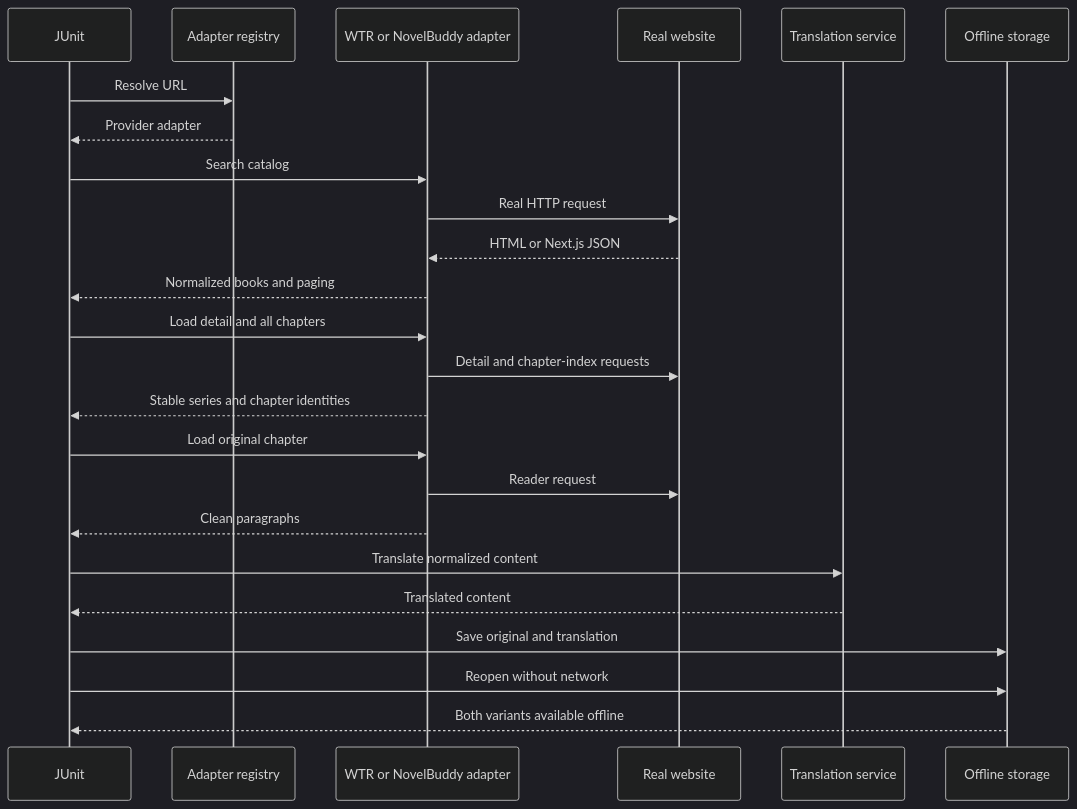
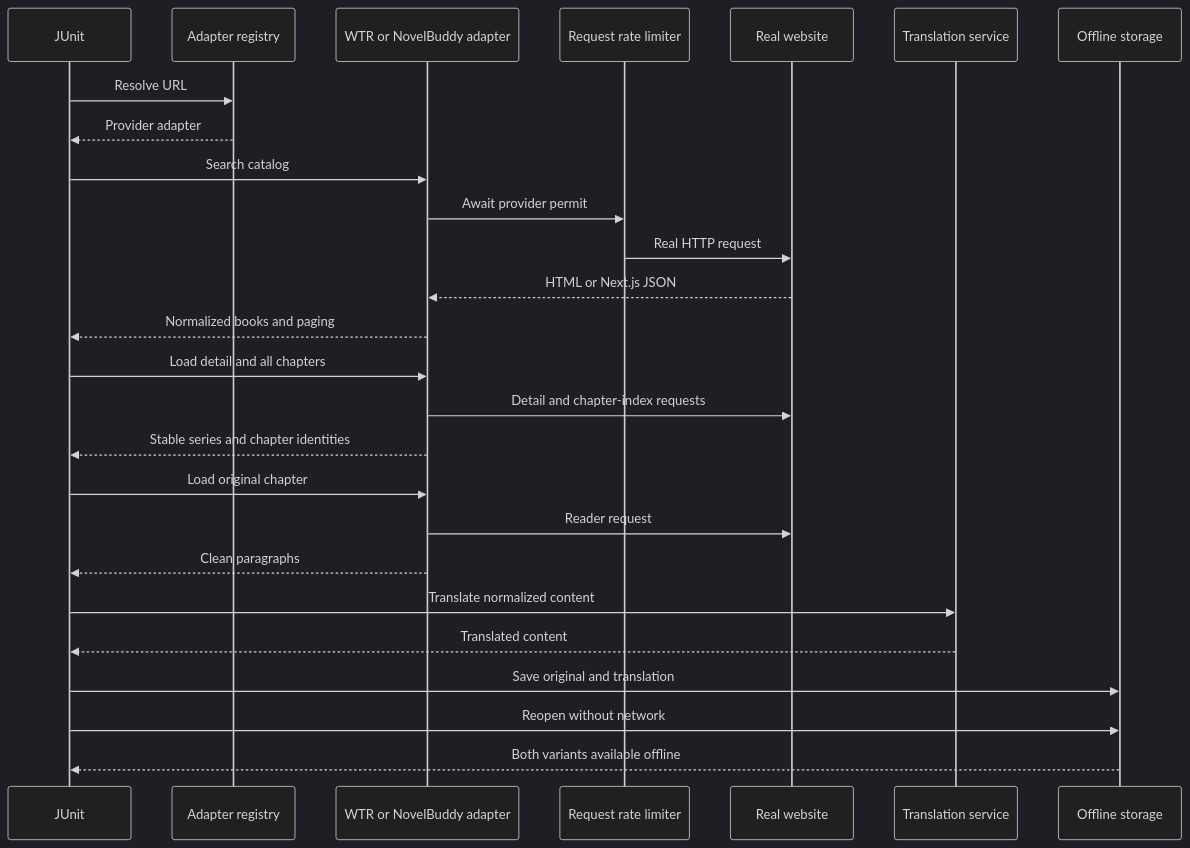
The second of 2 diagrams in docs/WEB_NOVEL_TEST_REPORT.md (gongdongho12/PageTuner), drawn with Mermaid (dark theme) before and after one commit. The commit also changed other lines of this file and 56 other files, not shown here.

Commit message:
feat: add offline translation flow and resilient paging

````diff
--- a/docs/WEB_NOVEL_TEST_REPORT.md
+++ b/docs/WEB_NOVEL_TEST_REPORT.md
@@ -70,27 +72,29 @@
 ```mermaid
 sequenceDiagram
     participant JUnit
     participant Registry as Adapter registry
     participant Provider as WTR or NovelBuddy adapter
+    participant Gate as Request rate limiter
     participant Remote as Real website
     participant Translation as Translation service
     participant Storage as Offline storage
 
     JUnit->>Registry: Resolve URL
     Registry-->>JUnit: Provider adapter
     JUnit->>Provider: Search catalog
-    Provider->>Remote: Real HTTP request
+    Provider->>Gate: Await provider permit
+    Gate->>Remote: Real HTTP request
     Remote-->>Provider: HTML or Next.js JSON
     Provider-->>JUnit: Normalized books and paging
     JUnit->>Provider: Load detail and all chapters
     Provider->>Remote: Detail and chapter-index requests
     Provider-->>JUnit: Stable series and chapter identities
     JUnit->>Provider: Load original chapter
     Provider->>Remote: Reader request
     Provider-->>JUnit: Clean paragraphs
     JUnit->>Translation: Translate normalized content
     Translation-->>JUnit: Translated content
     JUnit->>Storage: Save original and translation
     JUnit->>Storage: Reopen without network
     Storage-->>JUnit: Both variants available offline
 ```
````
